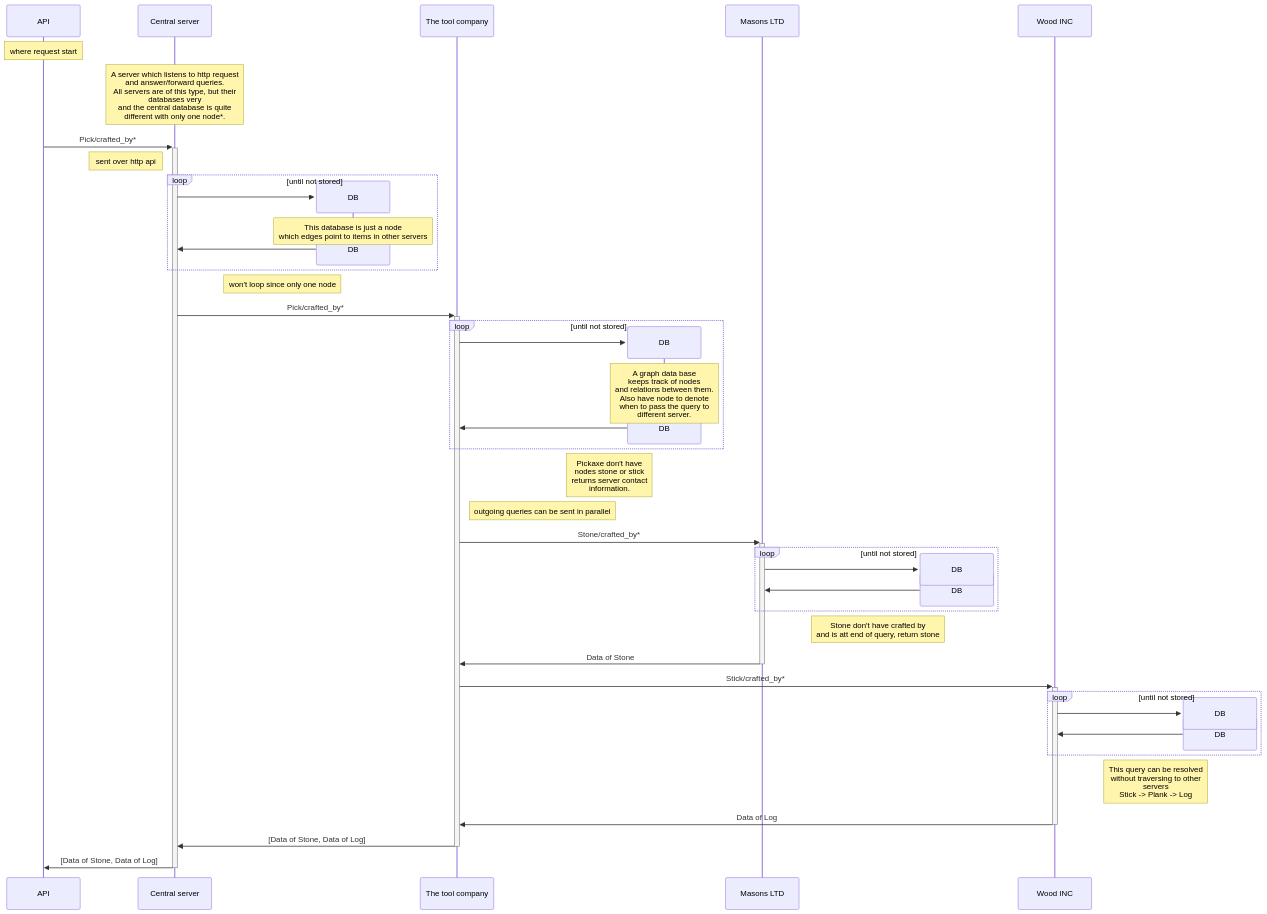
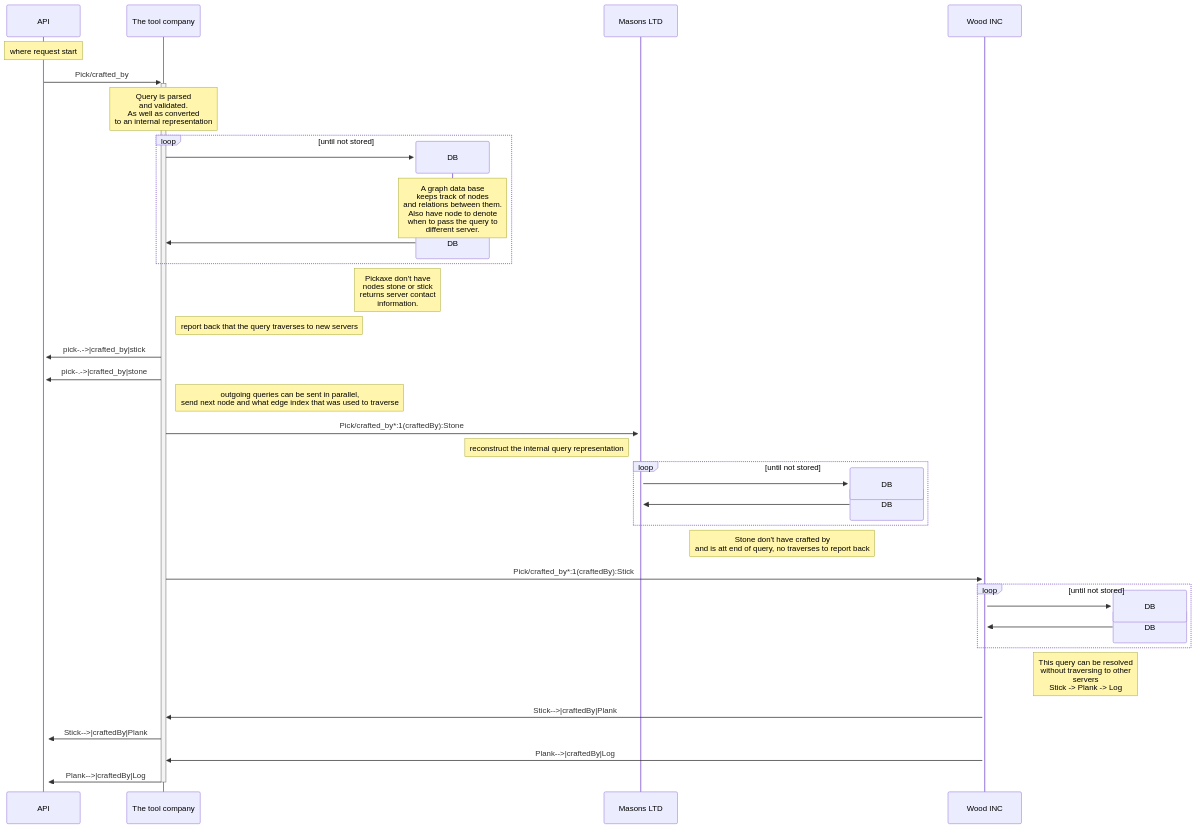
Before and after one commit to d0020e-2024-group-5/Path-Expression-Traversal-System: the sixth of 10 diagrams in README.md, drawn with Mermaid. The commit also changed other lines of this file, not shown here.

Commit message:
fixed sequnence diagram

````diff
--- a/README.md
+++ b/README.md
@@ -519,71 +457,54 @@
 ```mermaid
 sequenceDiagram
     participant API
-    participant cent as Central server
-
     note over API: where request start
 
-
-    note over cent: A server which listens to http request<br/>and answer/forward queries.<br/>All servers are of this type, but their<br/>databases very<br/>and the central database is quite<br/>different with only one node*.
-
-    API->>+cent: Pick/crafted_by*
-    note left of cent: sent over http api
-
-    loop until not stored
-        create participant DB_A as DB
-        cent->>DB_A: 
-        note over DB_A: This database is just a node<br/>which edges point to items in other servers
-        destroy DB_A
-        DB_A->>cent: 
-    end
-    note left of DB_A: won't loop since only one node
-
-
-
     participant Tool_company as The tool company
-    cent->>+Tool_company: Pick/crafted_by*
-
+    API->>+Tool_company: Pick/crafted_by
+    Note over Tool_company: Query is parsed<br/>and validated.<br/>As well as converted<br/>to an internal representation
 
     loop until not stored
         create participant DB_B as DB
         Tool_company->> DB_B: 
         note over DB_B: A graph data base<br/>keeps track of nodes<br/>and relations between them.<br/>Also have node to denote<br/>when to pass the query to<br/>different server.
         destroy DB_B
         DB_B->>Tool_company: 
     end
-
     note left of DB_B: Pickaxe don't have<br/>nodes stone or stick<br/>returns server contact<br/>information.
 
-    
-    note right of Tool_company: outgoing queries can be sent in parallel
+
+    note right of Tool_company: report back that the query traverses to new servers
+    Tool_company->>+API: pick-.->|crafted_by|stick
+    Tool_company->>+API: pick-.->|crafted_by|stone
+
+    note right of Tool_company: outgoing queries can be sent in parallel,<br/>send next node and what edge index that was used to traverse
     participant Mason_LTD as Masons LTD
-    Tool_company->>+Mason_LTD: Stone/crafted_by*
+    Tool_company->>+Mason_LTD: Pick/crafted_by*:1(craftedBy):Stone
 
+    note left of Mason_LTD: reconstruct the internal query representation
 
     loop until not stored
         create participant DB_C as DB
         Mason_LTD->>DB_C: 
         destroy DB_C 
         DB_C->>Mason_LTD: 
     end
-    note left of DB_C: Stone don't have crafted by<br/>and is att end of query, return stone
-
-
-    Mason_LTD->>-Tool_company: Data of Stone
+    note left of DB_C: Stone don't have crafted by<br/>and is att end of query, no traverses to report back
 
     participant Wood_INC as Wood INC
 
-    Tool_company->>+Wood_INC: Stick/crafted_by*
+    Tool_company->>+Wood_INC: Pick/crafted_by*:1(craftedBy):Stick
     loop until not stored
         create participant DB_D as DB
-        Wood_INC->>DB_D: 
+        Wood_INC->>DB_D:
         destroy DB_D
-        DB_D->>Wood_INC: 
+        DB_D->>Wood_INC:
     end
     note left of DB_D: This query can be resolved<br/>without traversing to other<br/>servers<br/>Stick -> Plank -> Log
 
-    Wood_INC->>-Tool_company: Data of Log
-    Tool_company->>-cent: [Data of Stone, Data of Log]
-    cent->>-API: [Data of Stone, Data of Log]
 
+    Wood_INC->>Tool_company: Stick-->|craftedBy|Plank
+    Tool_company->>API: Stick-->|craftedBy|Plank
+    Wood_INC->>Tool_company: Plank-->|craftedBy|Log
+    Tool_company->>-API: Plank-->|craftedBy|Log
 ```
````
